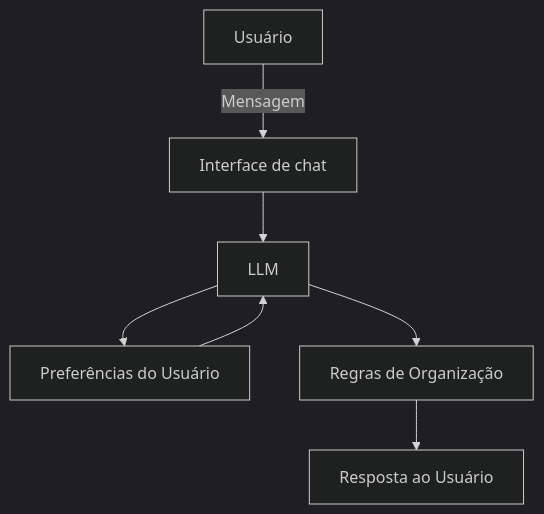
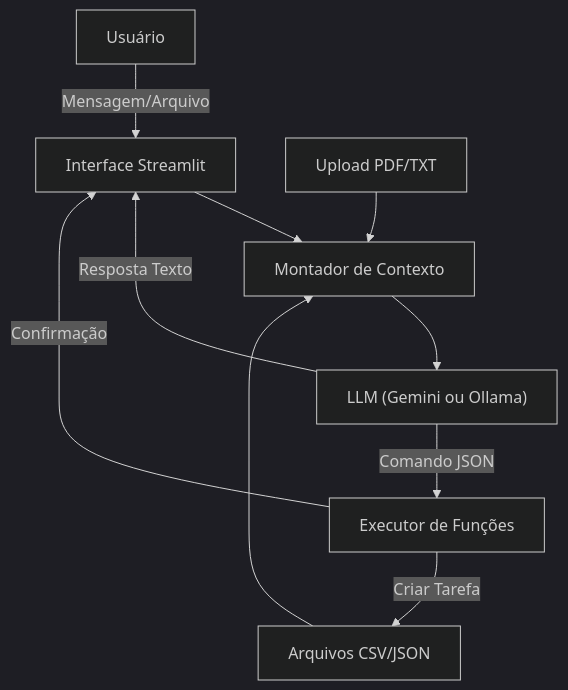
The diagram in docs/01-documentacao-agente.md (aderald0/dio-lab-bia-do-futuro), drawn with Mermaid (dark theme) before and after one commit. The commit also changed other lines of this file, not shown here.

````diff
--- a/docs/01-documentacao-agente.md
+++ b/docs/01-documentacao-agente.md
@@ -52,9 +51,12 @@
 ```mermaid
 flowchart TD
-    A[Usuário] -->|Mensagem| B[Interface de chat]
-    B --> C[LLM]
-    C --> D[Preferências do Usuário]
-    D --> C
-    C --> E[Regras de Organização]
-    E --> F[Resposta ao Usuário]
+    A[Usuário] -->|Mensagem/Arquivo| B[Interface Streamlit]
+    B --> C[Montador de Contexto]
+    D[Arquivos CSV/JSON] --> C
+    E[Upload PDF/TXT] --> C
+    C --> F["LLM (Gemini ou Ollama)"]
+    F -->|Resposta Texto| B
+    F -->|Comando JSON| G[Executor de Funções]
+    G -->|Criar Tarefa| D
+    G -->|Confirmação| B
 ```
````
